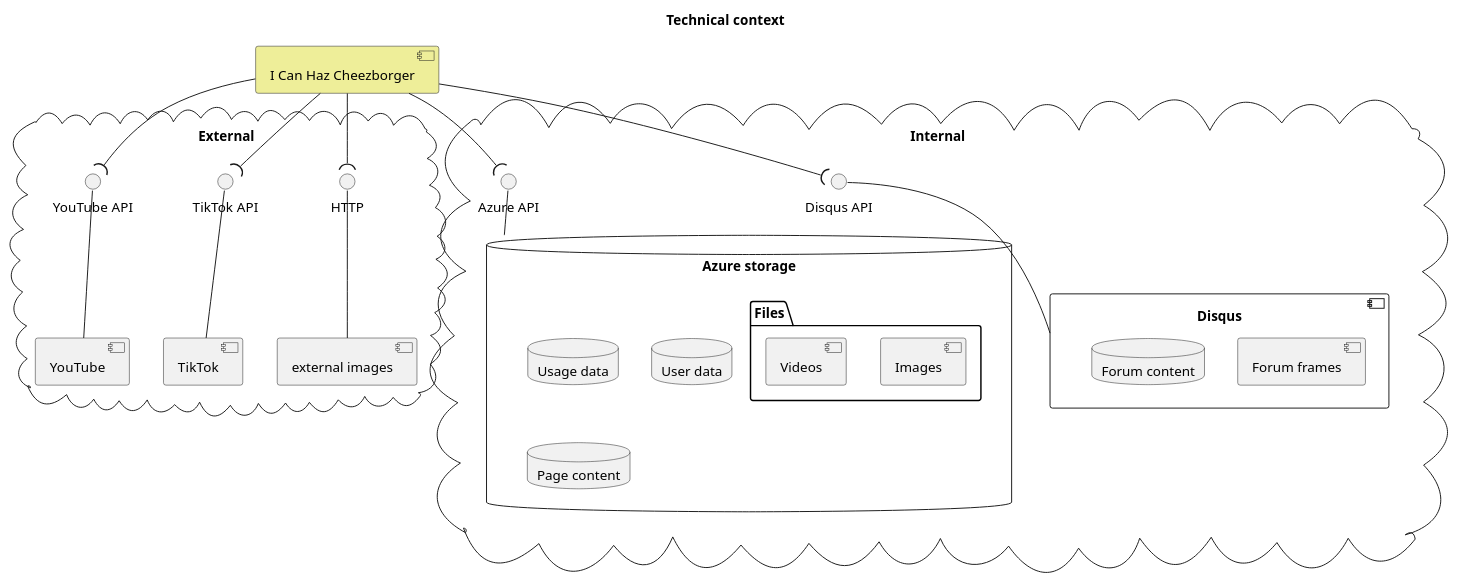
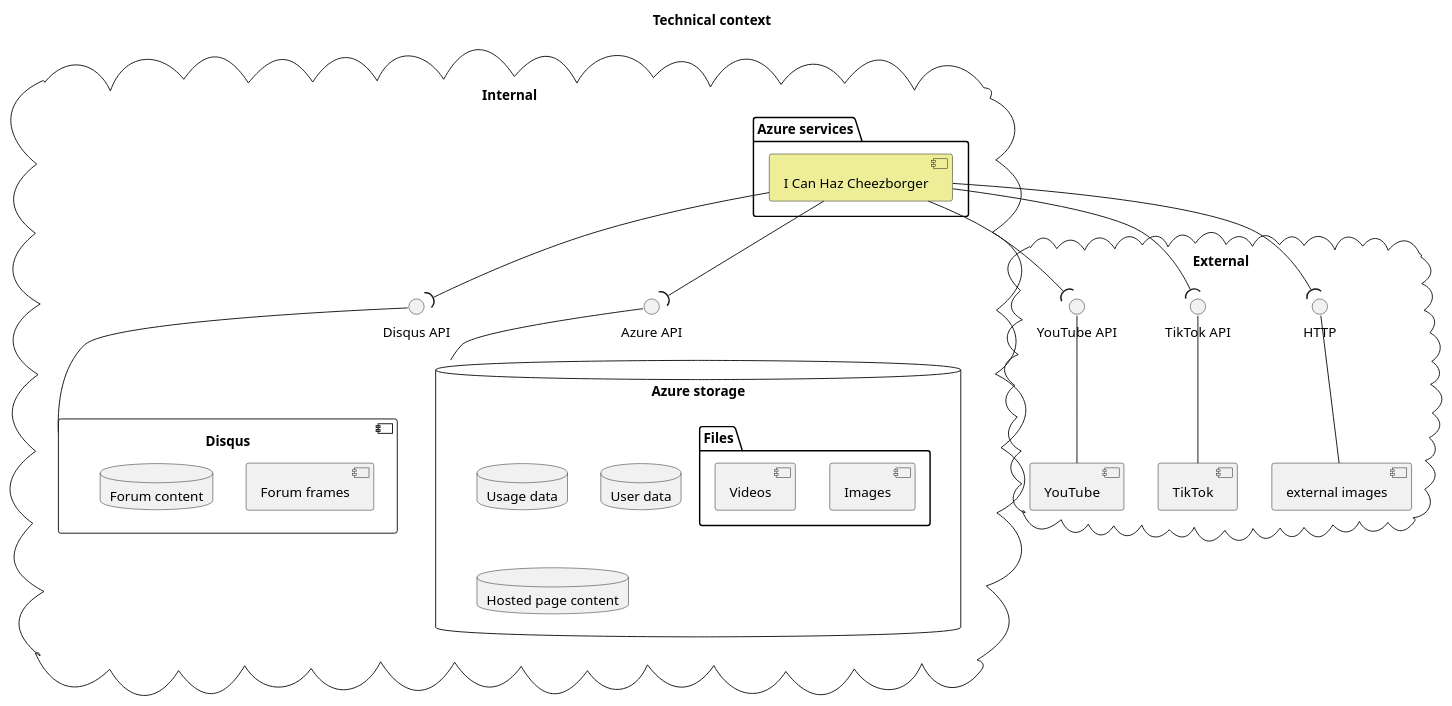
The diagram in cheezborger/technicalcontext.puml (gowland/architecture-katas), drawn with PlantUML before and after one commit. The commit also changed 4 other files, not shown here.

```diff
--- a/cheezborger/technicalcontext.puml
+++ b/cheezborger/technicalcontext.puml
@@ -1,49 +1,52 @@
 @startuml
 title Technical context
 
-[I Can Haz Cheezborger] as core #eeee99
 
 cloud "External" {
 
     [YouTube] as youtube
     () "YouTube API" as youtubeapi
     youtube -up- youtubeapi
     [TikTok] as tiktok
     () "TikTok API" as tiktokapi
     tiktok -up- tiktokapi
     [external images] as internet
     () "HTTP" as http
     internet -up- http
 
 }
 
 cloud "Internal" {
     database "Azure storage" as azure {
         folder "Files" {
             [Images]
             [Videos]
         }
         database "Usage data"
         database "User data"
-        database "Page content"
+        database "Hosted page content"
     }
     () "Azure API" as azureapi
     azure -up- azureapi
+    
+    package "Azure services" {
+        [I Can Haz Cheezborger] as core #eeee99
+    }
 
     component Disqus as disqus {
         [Forum frames]
         database "Forum content"
     }
     () "Disqus API" as disqusapi
     
     disqus -up- disqusapi
 }
 
 core --( youtubeapi
 core --( tiktokapi
 core --( http
 
 core --( azureapi
 core --( disqusapi
 
 @enduml
```
